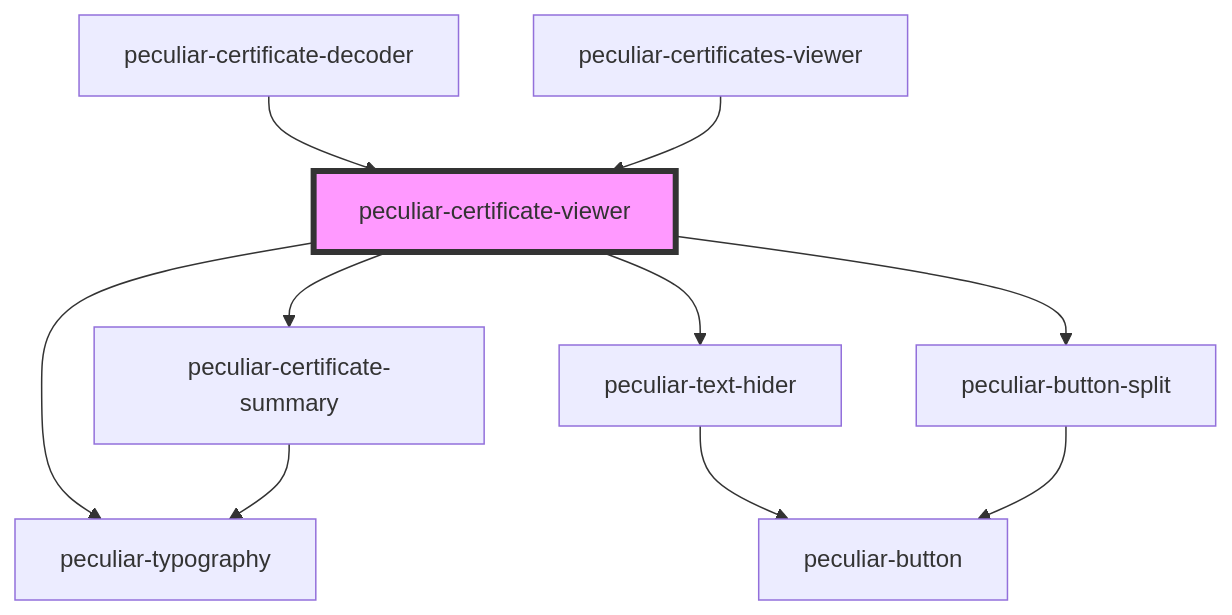
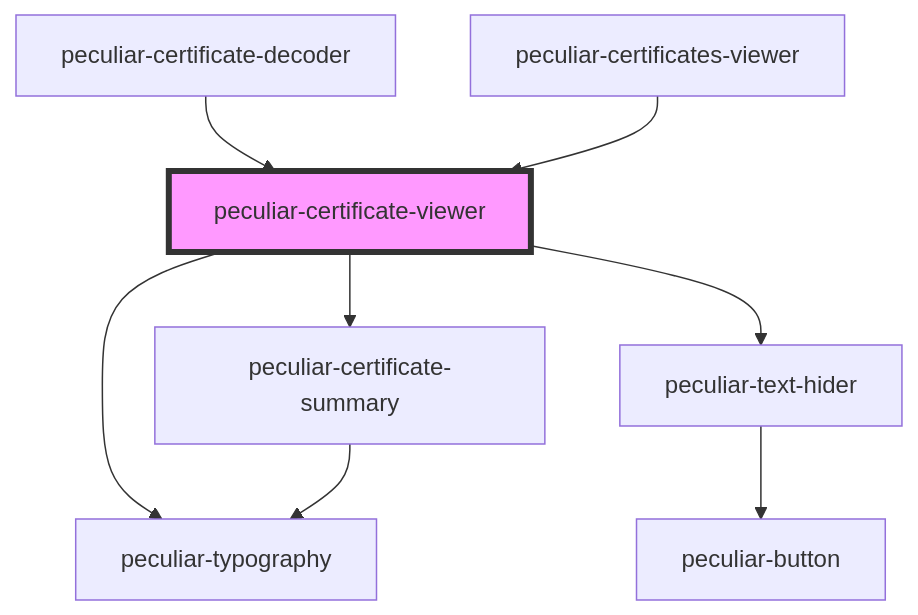
The diagram in src/components/certificate-viewer/readme.md (PeculiarVentures/pv-certificates-viewer), drawn with Mermaid before and after one commit. The commit also changed other lines of this file and 7 other files, not shown here.

Commit message:
feat(viewer): Split component to simple functions

````diff
--- a/src/components/certificate-viewer/readme.md
+++ b/src/components/certificate-viewer/readme.md
@@ -37,13 +36,11 @@
 ```mermaid
 graph TD;
   peculiar-certificate-viewer --> peculiar-typography
   peculiar-certificate-viewer --> peculiar-text-hider
-  peculiar-certificate-viewer --> peculiar-button-split
   peculiar-certificate-viewer --> peculiar-certificate-summary
   peculiar-text-hider --> peculiar-button
-  peculiar-button-split --> peculiar-button
   peculiar-certificate-summary --> peculiar-typography
   peculiar-certificate-decoder --> peculiar-certificate-viewer
   peculiar-certificates-viewer --> peculiar-certificate-viewer
   style peculiar-certificate-viewer fill:#f9f,stroke:#333,stroke-width:4px
 ```
````
